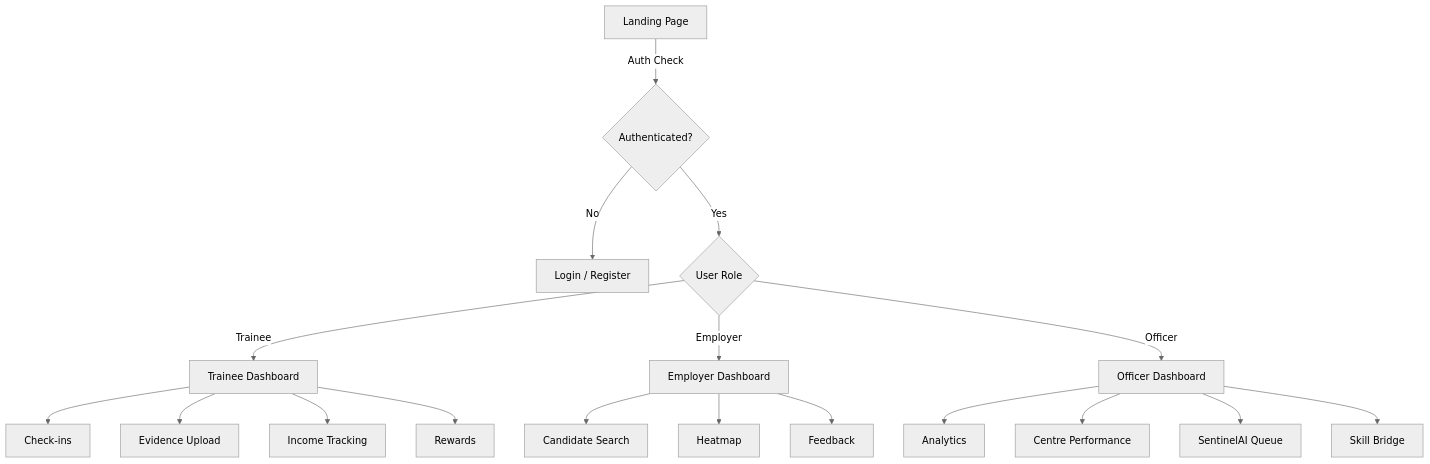
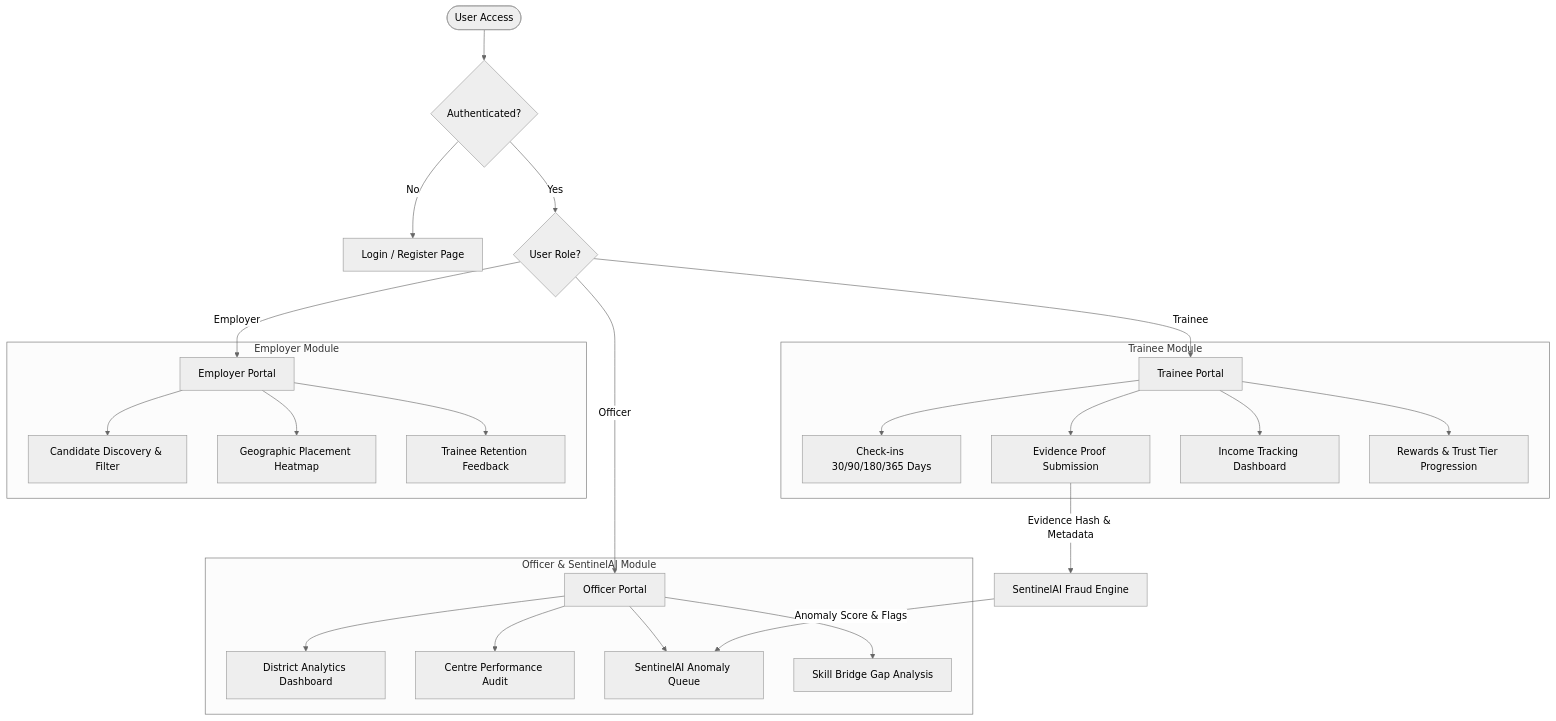
One commit to praveshkumar067/frontend-sihps changed the diagram in README.md. Above: the diagram before and after it, drawn with Mermaid (neutral theme). The commit also changed other lines of this file, not shown here.

````diff
--- a/README.md
+++ b/README.md
@@ -174,23 +86,33 @@
 ```mermaid
 graph TD
-    A[Landing Page] -->|Auth Check| B{Authenticated?}
-    B -->|No| C[Login / Register]
-    B -->|Yes| D{User Role}
-    D -->|Trainee| E[Trainee Dashboard]
-    D -->|Employer| F[Employer Dashboard]
-    D -->|Officer| G[Officer Dashboard]
+    User([User Access]) --> AuthGuard{Authenticated?}
+    AuthGuard -->|No| Login[Login / Register Page]
+    AuthGuard -->|Yes| RoleRouter{User Role?}
     
-    E --> E1[Check-ins]
-    E --> E2[Evidence Upload]
-    E --> E3[Income Tracking]
-    E --> E4[Rewards]
+    RoleRouter -->|Trainee| TraineeNav[Trainee Portal]
+    RoleRouter -->|Employer| EmployerNav[Employer Portal]
+    RoleRouter -->|Officer| OfficerNav[Officer Portal]
     
-    F --> F1[Candidate Search]
-    F --> F2[Heatmap]
-    F --> F3[Feedback]
+    subgraph Trainee Module
+        TraineeNav --> T1[Check-ins 30/90/180/365 Days]
+        TraineeNav --> T2[Evidence Proof Submission]
+        TraineeNav --> T3[Income Tracking Dashboard]
+        TraineeNav --> T4[Rewards & Trust Tier Progression]
+    end
     
-    G --> G1[Analytics]
-    G --> G2[Centre Performance]
-    G --> G3[SentinelAI Queue]
-    G --> G4[Skill Bridge]
+    subgraph Employer Module
+        EmployerNav --> E1[Candidate Discovery & Filter]
+        EmployerNav --> E2[Geographic Placement Heatmap]
+        EmployerNav --> E3[Trainee Retention Feedback]
+    end
+    
+    subgraph Officer & SentinelAI Module
+        OfficerNav --> O1[District Analytics Dashboard]
+        OfficerNav --> O2[Centre Performance Audit]
+        OfficerNav --> O3[SentinelAI Anomaly Queue]
+        OfficerNav --> O4[Skill Bridge Gap Analysis]
+    end
+    
+    T2 -->|Evidence Hash & Metadata| SentinelEngine[SentinelAI Fraud Engine]
+    SentinelEngine -->|Anomaly Score & Flags| O3
 ```
````
